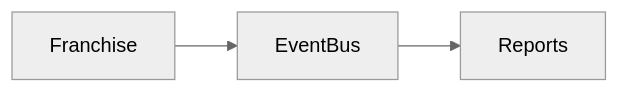
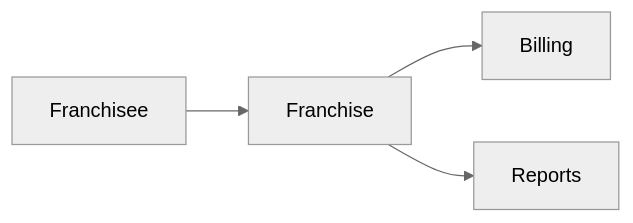
The diagram in ModulesDoc/FRANCHISE.md (sameheg/cafeos), drawn with Mermaid (neutral theme) before and after one commit. The commit also changed other lines of this file and 21 other files, not shown here.

````diff
--- a/ModulesDoc/FRANCHISE.md
+++ b/ModulesDoc/FRANCHISE.md
@@ -16,5 +17,6 @@
 ```mermaid
 flowchart LR
-  A[Franchise] --> B[EventBus]
-  B --> C[Reports]
+  Franchisee --> Franchise
+  Franchise --> Billing
+  Franchise --> Reports
 ```
````
